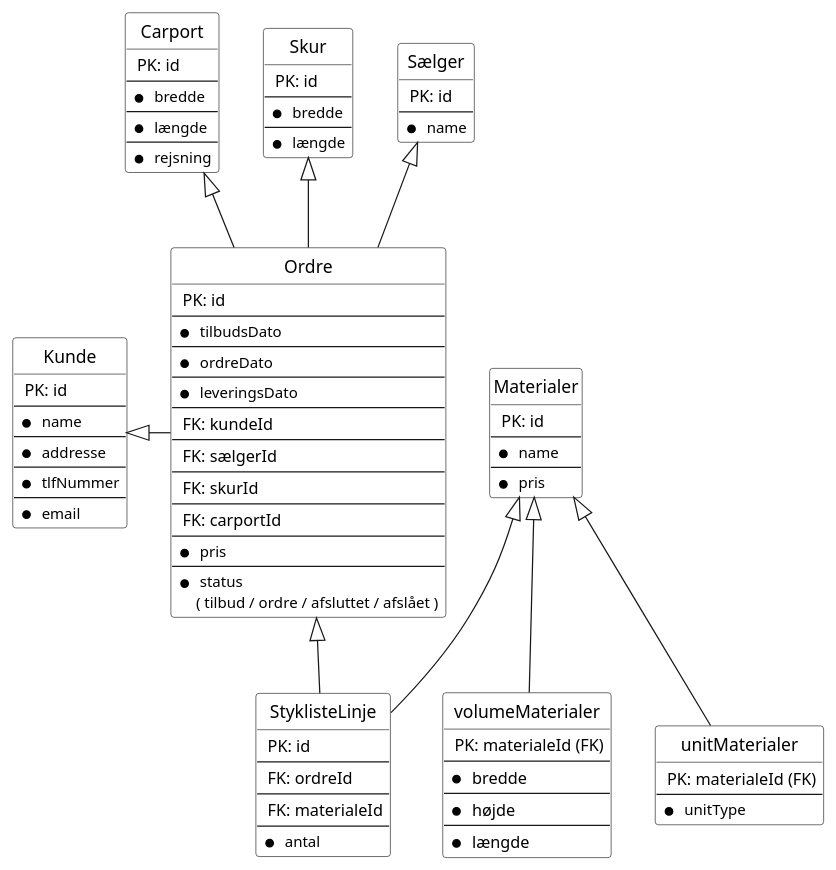
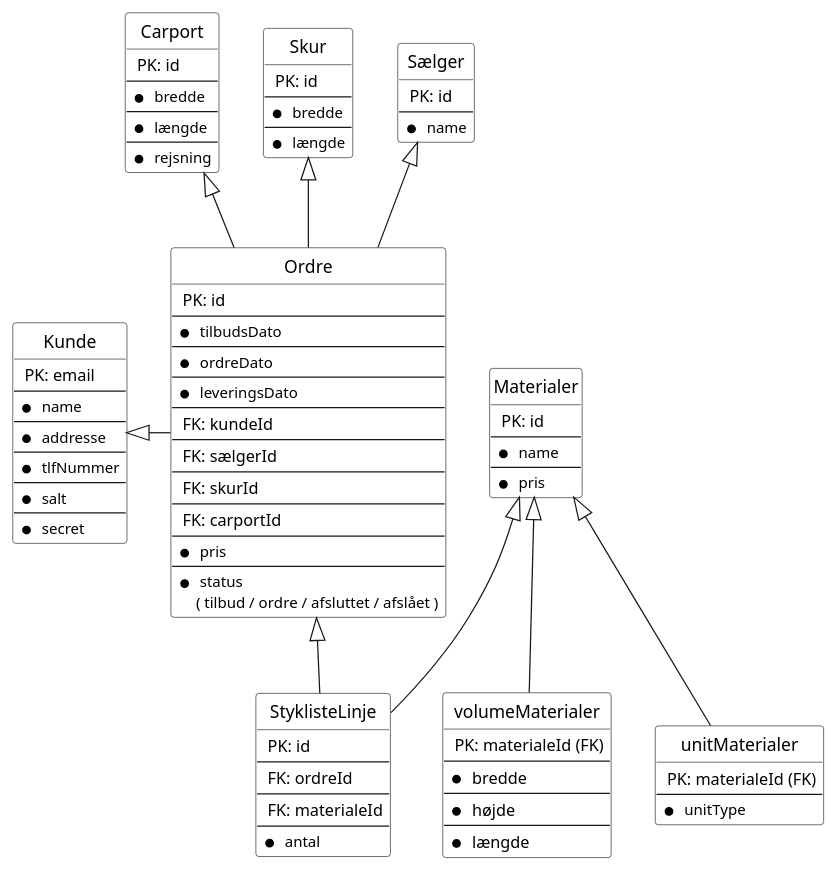
One commit to kalhauge/Fog changed the second of 2 diagrams in src/main/Diagrammer/ER.puml. Above: the diagram before and after it, drawn with PlantUML. The commit also changed 3 other files, not shown here.

```diff
--- a/src/main/Diagrammer/ER.puml
+++ b/src/main/Diagrammer/ER.puml
@@ -104,113 +104,115 @@
 @startuml
 
 skinparam wrapWidth 300
 
 hide circle
 hide empty members
 
 entity Kunde #White {
-   <size:13> PK: id
+   <size:13> PK: email
    --
    * <size:12> name
    --
    * <size:12> addresse
    --
    * <size:12> tlfNummer
    --
-   * <size:12> email
+   * <size:12> salt
+   --
+   * <size:12> secret
 }
 
 entity Carport #White {
    <size:13> PK: id
    --
    * <size:12> bredde
    --
    * <size:12> længde
    --
    * <size:12> rejsning
 }
 
 entity Skur #White {
    <size:13> PK: id
    --
    * <size:12> bredde
    --
    * <size:12> længde
 }
 
 
 entity Ordre  #White {
    <size:13> PK: id
    --
    * <size:12> tilbudsDato
    --
    * <size:12> ordreDato
    --
    * <size:12> leveringsDato
    --
    <size:13> FK: kundeId
    --
    <size:13> FK: sælgerId
    --
    <size:13> FK: skurId
    --
    <size:13> FK: carportId
    --
    * <size:12> pris
    --
    * <size:12> status
     <size:12>( tilbud / ordre / afsluttet / afslået )
 }
 
 entity unitMaterialer #White {
    <size:13> PK: materialeId (FK)
    --
    * <size:12> unitType
 }
 
 entity volumeMaterialer #White {
    <size:13> PK: materialeId (FK)
    --
    * <size:13> bredde
    --
    * <size:13> højde
    --
    * <size:13> længde
 }
 
 entity Materialer #White {
    <size:13> PK: id
    --
    * <size:12> name
    --
    * <size:12> pris
 }
 
 entity StyklisteLinje #White {
    <size:13> PK: id
    --
   <size:13> FK: ordreId
    --
    <size:13> FK: materialeId
    --
    * <size:12> antal
 }
 
 entity Sælger #White {
    <size:13> PK: id
    --
    * <size:12> name
 }
 
 
 
 
 Kunde <|- Ordre
 Sælger <|-- Ordre
 Carport <|-- Ordre
 Skur <|-- Ordre
 Ordre <|-- StyklisteLinje
 Materialer <|-- StyklisteLinje
 Materialer <|-- volumeMaterialer
 Materialer <|-- unitMaterialer
 @enduml
```
